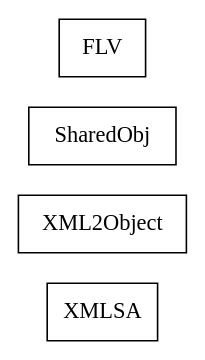
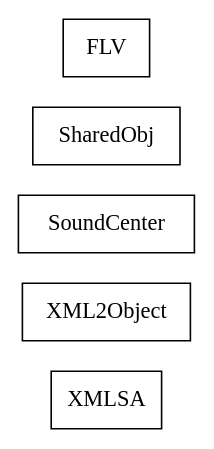
One commit to sekati/sasapi changed the diagram in docs/com/sekati/data/classes.dot. Above: the diagram before and after it, drawn with Graphviz. The commit also changed 49 other files, not shown here.

```diff
--- a/docs/com/sekati/data/classes.dot
+++ b/docs/com/sekati/data/classes.dot
@@ -1,27 +1,33 @@
 strict digraph class_diagram {
   rankdir=LR;
   TypeXMLSA[
     label="XMLSA",
     URL="XMLSA.html",
     tooltip="com.sekati.data.XMLSA",
     shape="record"
   ];
   TypeXML2Object[
     label="XML2Object",
     URL="XML2Object.html",
     tooltip="com.sekati.data.XML2Object",
+    shape="record"
+  ];
+  TypeSoundCenter[
+    label="SoundCenter",
+    URL="SoundCenter.html",
+    tooltip="com.sekati.data.SoundCenter",
     shape="record"
   ];
   TypeSharedObj[
     label="SharedObj",
     URL="SharedObj.html",
     tooltip="com.sekati.data.SharedObj",
     shape="record"
   ];
   TypeFLV[
     label="FLV",
     URL="FLV.html",
     tooltip="com.sekati.data.FLV",
     shape="record"
   ];
 }
```
